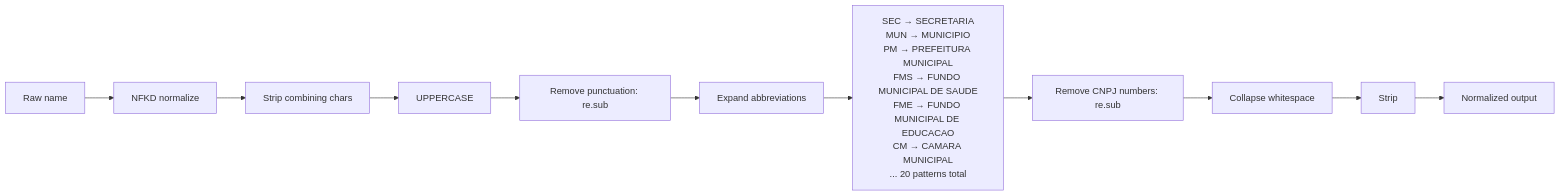
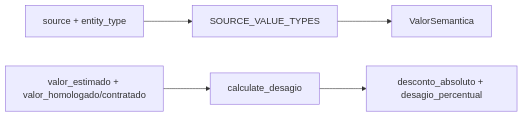
Before and after one commit to tjsasakifln/extra-cli: the second of 2 diagrams in _reversa_sdd/flowcharts/lib.md, drawn with Mermaid. The commit also changed other lines of this file and 164 other files, not shown here.

````diff
--- a/_reversa_sdd/flowcharts/lib.md
+++ b/_reversa_sdd/flowcharts/lib.md
@@ -98,15 +22,7 @@
 ```mermaid
 flowchart LR
-    A[Raw name] --> B[NFKD normalize]
-    B --> C[Strip combining chars]
-    C --> D[UPPERCASE]
-    D --> E[Remove punctuation: re.sub]
-    E --> F[Expand abbreviations]
-
-    F --> G["SEC → SECRETARIA\nMUN → MUNICIPIO\nPM → PREFEITURA MUNICIPAL\nFMS → FUNDO MUNICIPAL DE SAUDE\nFME → FUNDO MUNICIPAL DE EDUCACAO\nCM → CAMARA MUNICIPAL\n... 20 patterns total"]
-
-    G --> H[Remove CNPJ numbers: re.sub]
-    H --> I[Collapse whitespace]
-    I --> J[Strip]
-    J --> K[Normalized output]
+    A[source + entity_type] --> B[SOURCE_VALUE_TYPES]
+    B --> C[ValorSemantica]
+    D[valor_estimado + valor_homologado/contratado] --> E[calculate_desagio]
+    E --> F[desconto_absoluto + desagio_percentual]
 ```
````
